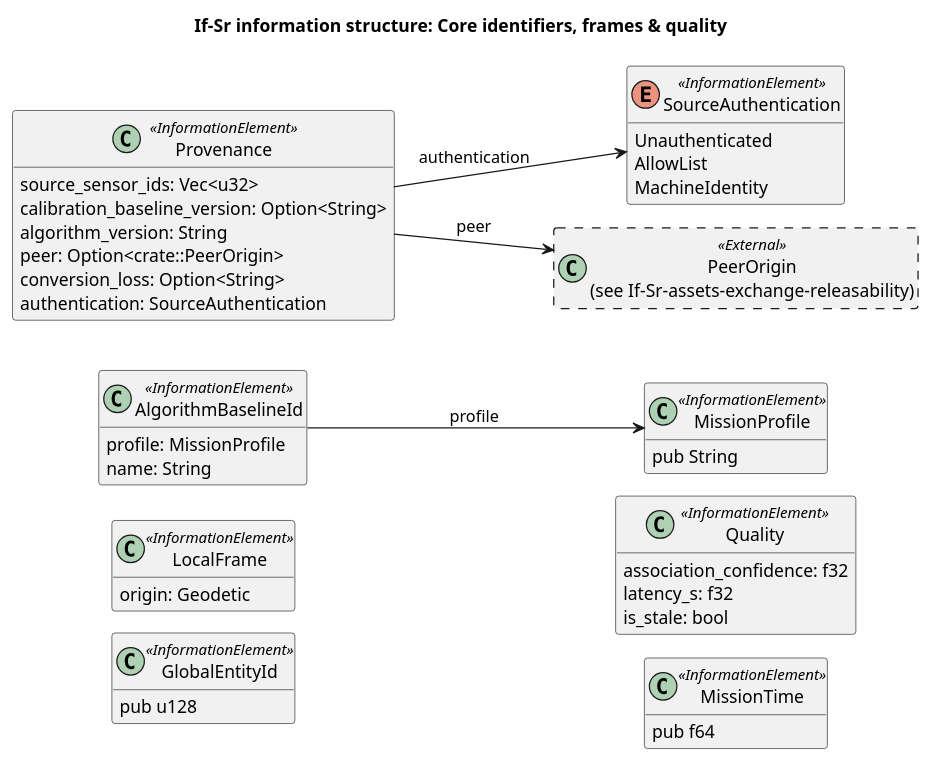
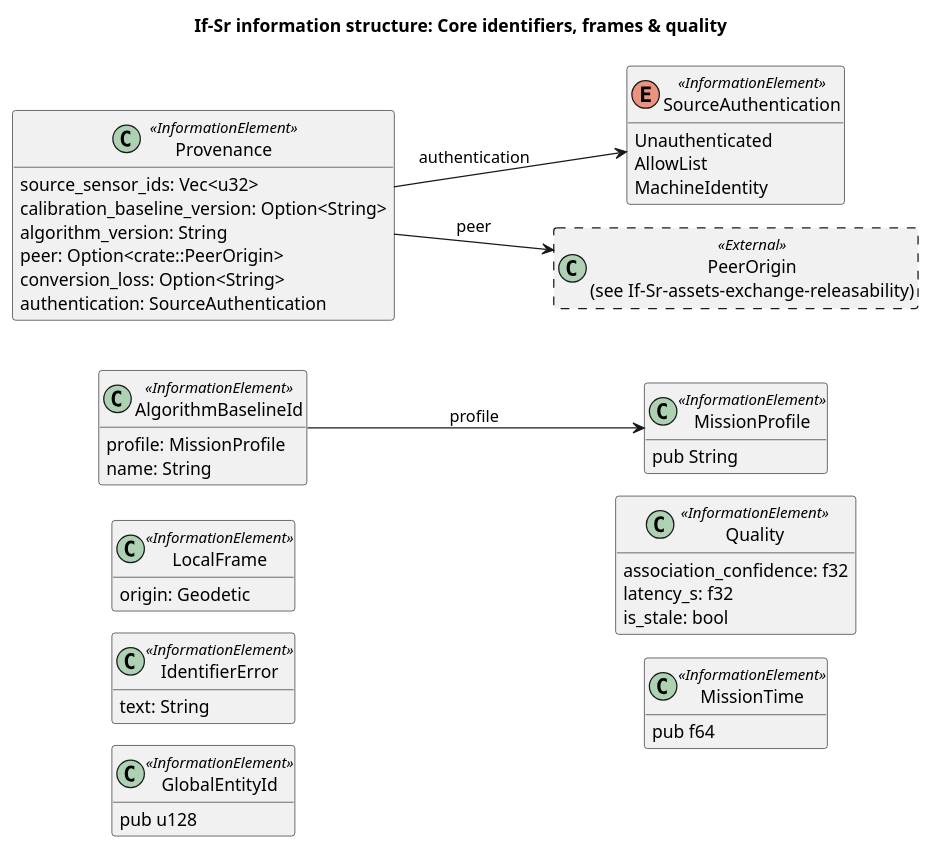
Before and after one commit to WayneRoessling/gungnir: the diagram in docs/architecture/uaf/information/If-Sr-core-identifiers-frames-quality.puml, drawn with PlantUML. The commit also changed 29 other files, not shown here.

```diff
--- a/docs/architecture/uaf/information/If-Sr-core-identifiers-frames-quality.puml
+++ b/docs/architecture/uaf/information/If-Sr-core-identifiers-frames-quality.puml
@@ -1,46 +1,49 @@
 @startuml If-Sr-core-identifiers-frames-quality
 title If-Sr information structure: Core identifiers, frames & quality
 left to right direction
 !pragma layout smetana
 hide empty members
 skinparam classAttributeIconSize 0
 class "LocalFrame" as LocalFrame <<InformationElement>> {
   origin: Geodetic
+}
+class "IdentifierError" as IdentifierError <<InformationElement>> {
+  text: String
 }
 class "GlobalEntityId" as GlobalEntityId <<InformationElement>> {
   pub u128
 }
 class "MissionProfile" as MissionProfile <<InformationElement>> {
   pub String
 }
 class "AlgorithmBaselineId" as AlgorithmBaselineId <<InformationElement>> {
   profile: MissionProfile
   name: String
 }
 class "Provenance" as Provenance <<InformationElement>> {
   source_sensor_ids: Vec<u32>
   calibration_baseline_version: Option<String>
   algorithm_version: String
   peer: Option<crate::PeerOrigin>
   conversion_loss: Option<String>
   authentication: SourceAuthentication
 }
 enum "SourceAuthentication" as SourceAuthentication <<InformationElement>> {
   Unauthenticated
   AllowList
   MachineIdentity
 }
 class "Quality" as Quality <<InformationElement>> {
   association_confidence: f32
   latency_s: f32
   is_stale: bool
 }
 class "MissionTime" as MissionTime <<InformationElement>> {
   pub f64
 }
 class "PeerOrigin\n(see If-Sr-assets-exchange-releasability)" as PeerOrigin <<External>> #line.dashed {
 }
 AlgorithmBaselineId --> MissionProfile : profile
 Provenance --> PeerOrigin : peer
 Provenance --> SourceAuthentication : authentication
 @enduml
```
